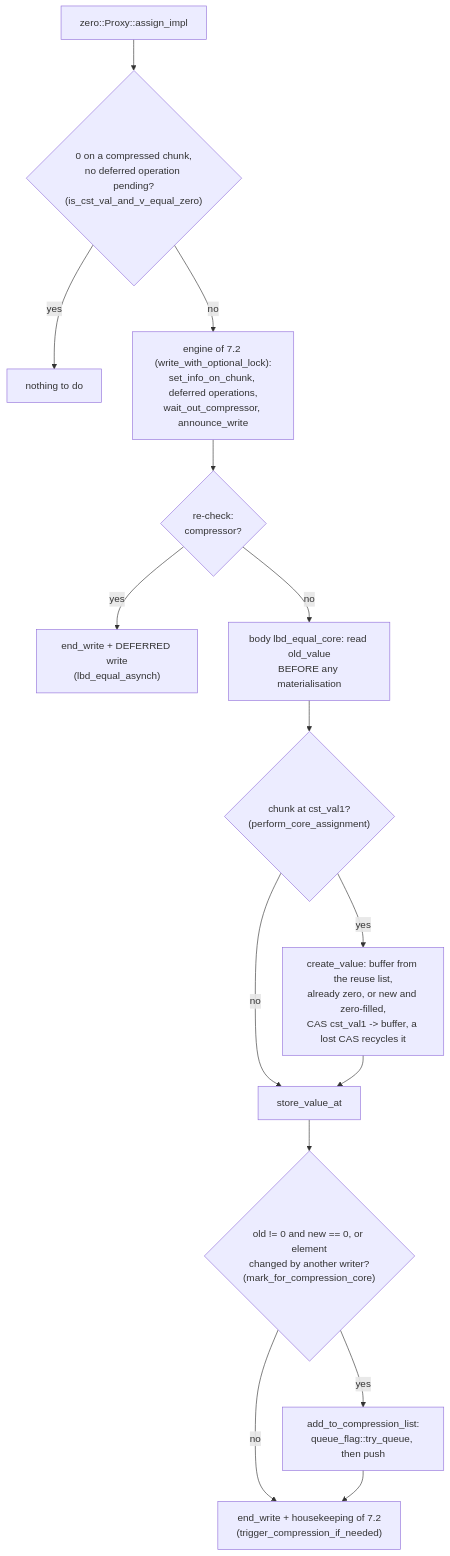
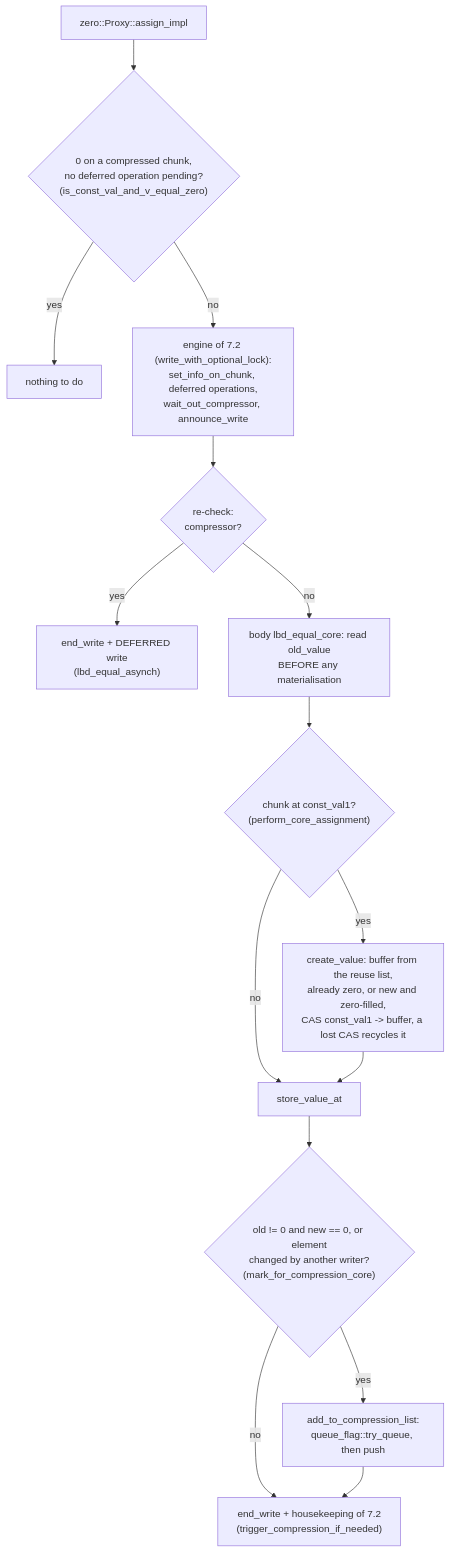
One commit to cea-hpc/shrink-array changed the first of 2 diagrams in docs/algo_zero.md. Above: the diagram before and after it, drawn with Mermaid. The commit also changed other lines of this file and 108 other files, not shown here.

First line of the commit message:
French names in English (4/4): cst (constante) is const

````diff
--- a/docs/algo_zero.md
+++ b/docs/algo_zero.md
@@ -59,17 +59,17 @@
 ```mermaid
 flowchart TD
-    A["zero::Proxy::assign_impl"] --> B{"0 on a compressed chunk,<br/>no deferred operation pending?<br/>(is_cst_val_and_v_equal_zero)"}
+    A["zero::Proxy::assign_impl"] --> B{"0 on a compressed chunk,<br/>no deferred operation pending?<br/>(is_const_val_and_v_equal_zero)"}
     B -->|yes| B1["nothing to do"]
     B -->|no| C["engine of 7.2 (write_with_optional_lock):<br/>set_info_on_chunk, deferred operations,<br/>wait_out_compressor, announce_write"]
     C --> D{"re-check:<br/>compressor?"}
     D -->|yes| D1["end_write + DEFERRED write<br/>(lbd_equal_asynch)"]
     D -->|no| E["body lbd_equal_core: read old_value<br/>BEFORE any materialisation"]
-    E --> F{"chunk at cst_val1?<br/>(perform_core_assignment)"}
-    F -->|yes| G["create_value: buffer from the reuse list,<br/>already zero, or new and zero-filled,<br/>CAS cst_val1 -> buffer, a lost CAS recycles it"]
+    E --> F{"chunk at const_val1?<br/>(perform_core_assignment)"}
+    F -->|yes| G["create_value: buffer from the reuse list,<br/>already zero, or new and zero-filled,<br/>CAS const_val1 -> buffer, a lost CAS recycles it"]
     F -->|no| H
     G --> H["store_value_at"]
     H --> I{"old != 0 and new == 0, or element<br/>changed by another writer?<br/>(mark_for_compression_core)"}
     I -->|yes| J["add_to_compression_list:<br/>queue_flag::try_queue, then push"]
     I -->|no| K
     J --> K["end_write + housekeeping of 7.2<br/>(trigger_compression_if_needed)"]
 ```
````
